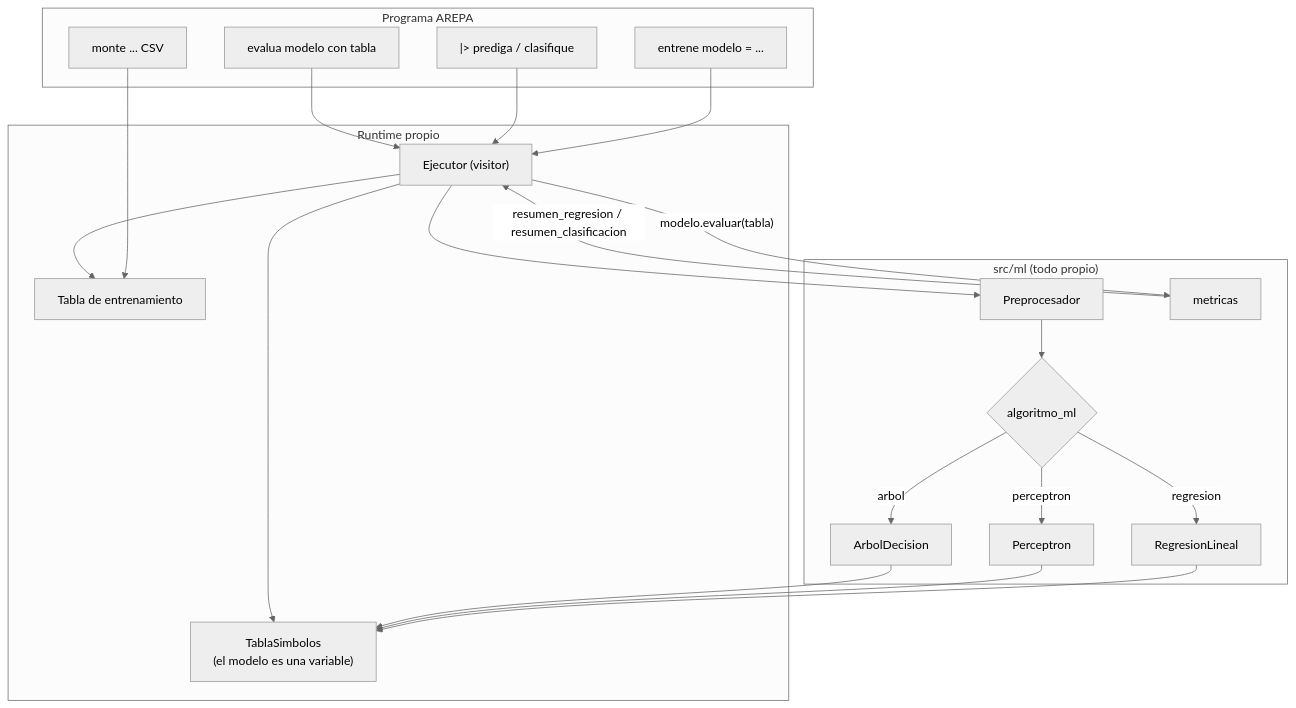
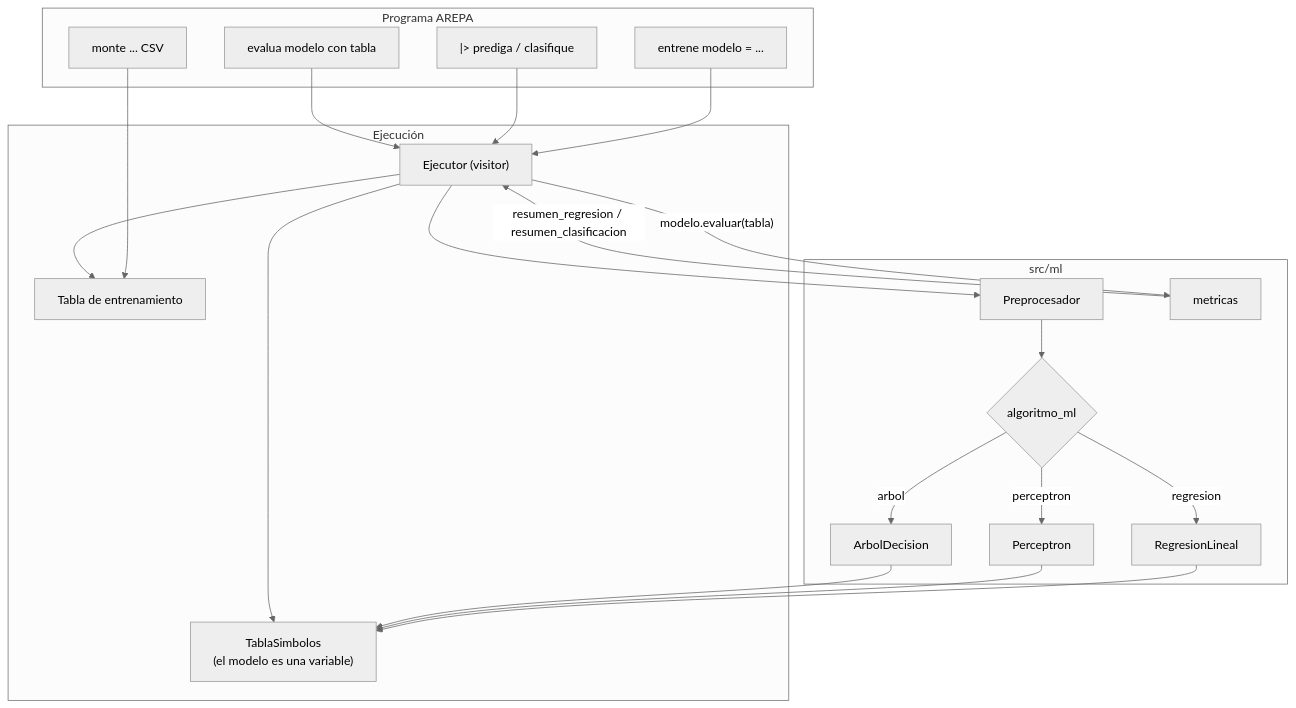
One commit to Pyromesis/Proyecto-Lenguajes-de-Programaci-n changed the first of 6 diagrams in docs/11_guia_machine_learning.md. Above: the diagram before and after it, drawn with Mermaid (neutral theme). The commit also changed other lines of this file and 40 other files, not shown here.

````diff
--- a/docs/11_guia_machine_learning.md
+++ b/docs/11_guia_machine_learning.md
@@ -28,38 +25,38 @@
 ```mermaid
 flowchart TB
   subgraph DSL["Programa AREPA"]
     A["monte ... CSV"]
     B["entrene modelo = ..."]
     C["|> prediga / clasifique"]
     D["evalua modelo con tabla"]
   end
-  subgraph Runtime["Runtime propio"]
+  subgraph Runtime["Ejecución"]
     E["Ejecutor (visitor)"]
     F["Tabla de entrenamiento"]
     S["TablaSimbolos<br/>(el modelo es una variable)"]
   end
-  subgraph ML["src/ml (todo propio)"]
+  subgraph ML["src/ml"]
     G["Preprocesador"]
     SEL{"algoritmo_ml"}
     H["RegresionLineal"]
     I["Perceptron"]
     J["ArbolDecision"]
     K["metricas"]
   end
   A --> F
   B --> E
   E --> G
   G --> SEL
   SEL -->|regresion| H
   SEL -->|perceptron| I
   SEL -->|arbol| J
   H --> S
   I --> S
   J --> S
   C --> E
   E --> S
   D --> E
   E -->|"modelo.evaluar(tabla)"| K
   K -->|"resumen_regresion / resumen_clasificacion"| E
   E --> F
 ```
````
